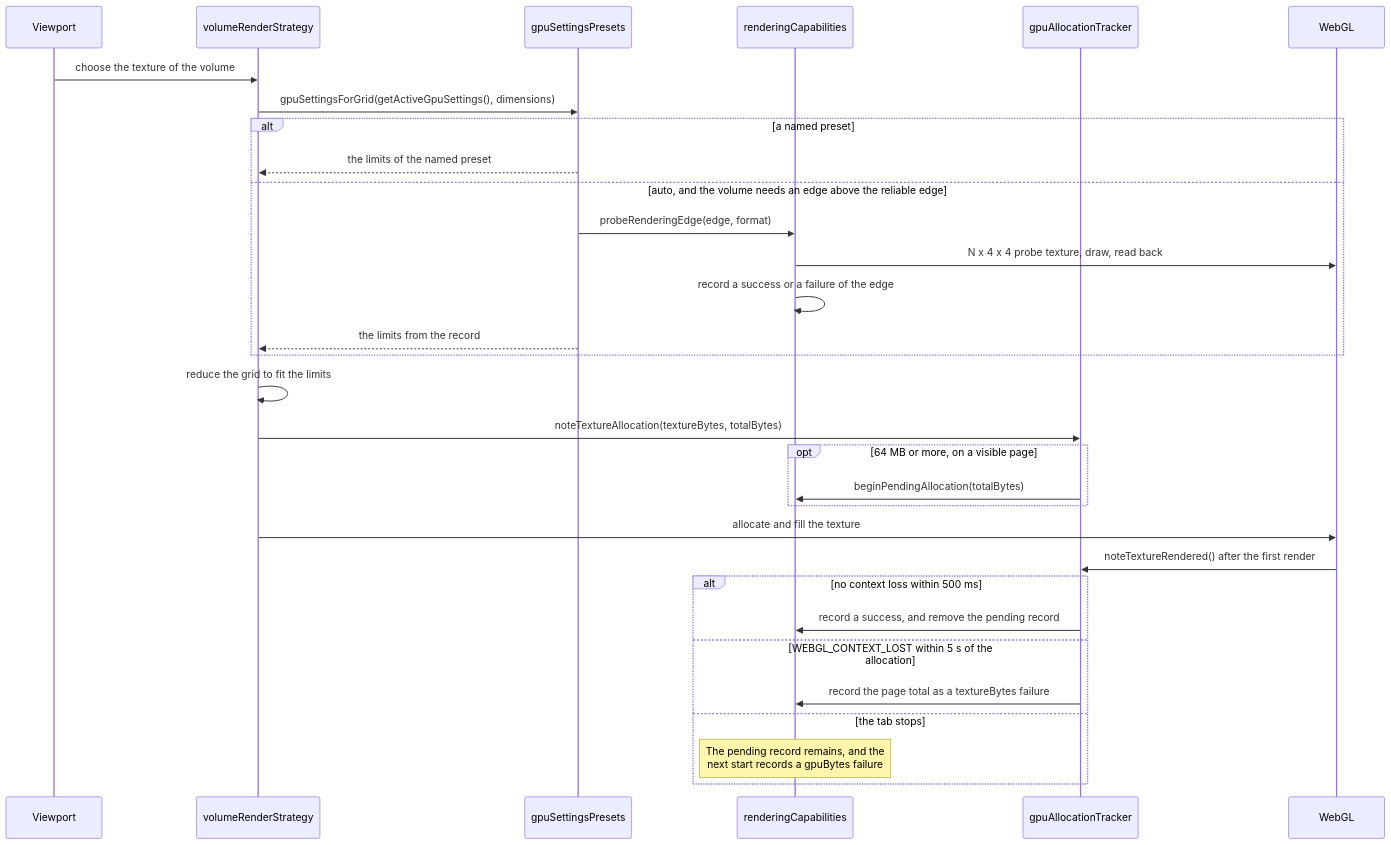
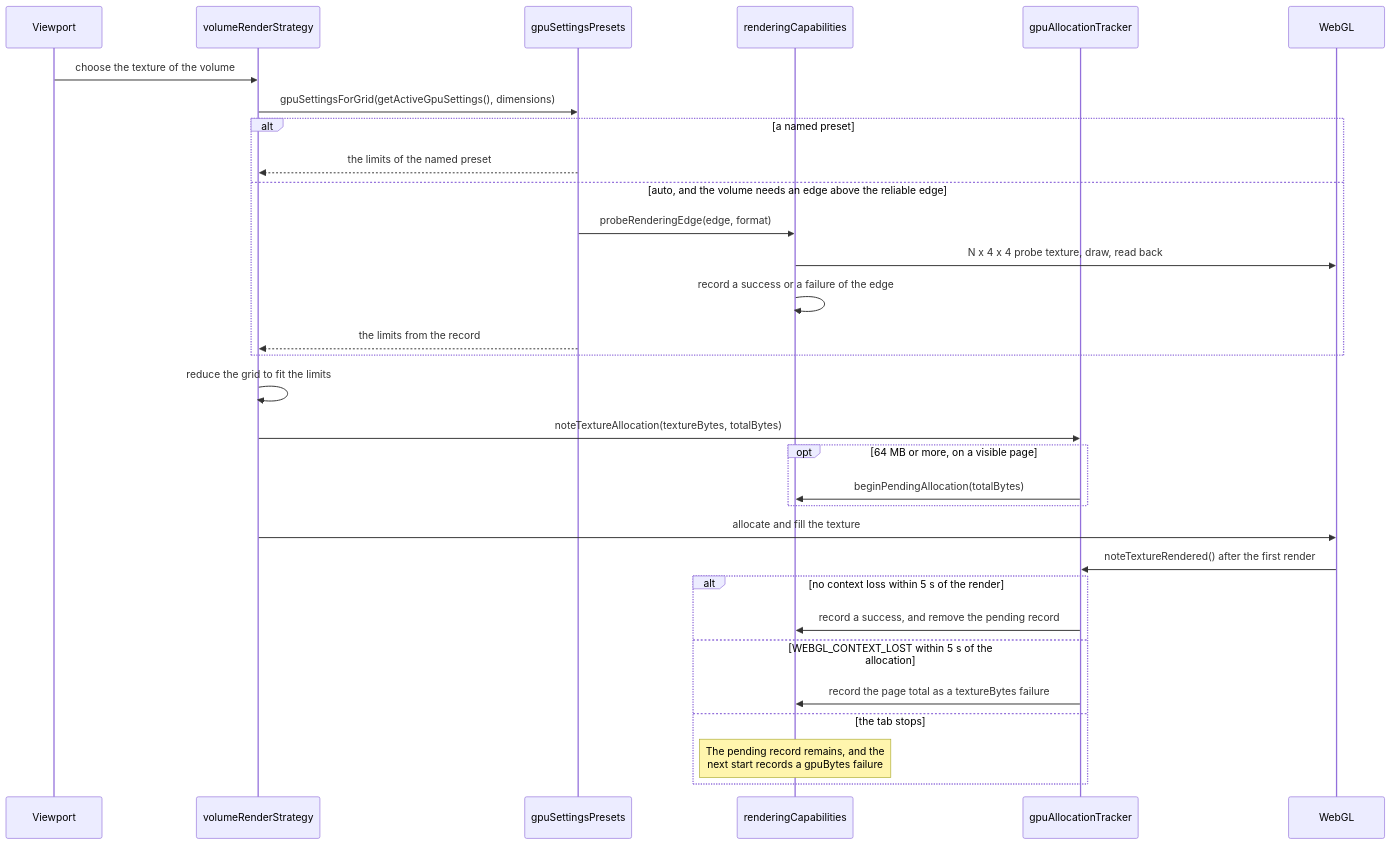
Before and after one commit to cornerstonejs/cornerstone3D: the second of 3 diagrams in packages/docs/docs/specs/core/gpu-device-limits.md, drawn with Mermaid. The commit also changed 3 other files, not shown here.

First line of the commit message:
fix(core): record a success or a context loss for one allocation, never both

````diff
--- a/packages/docs/docs/specs/core/gpu-device-limits.md
+++ b/packages/docs/docs/specs/core/gpu-device-limits.md
@@ -205,34 +205,34 @@
 ```mermaid
 sequenceDiagram
     participant VP as Viewport
     participant Strat as volumeRenderStrategy
     participant Prof as gpuSettingsPresets
     participant RC as renderingCapabilities
     participant Track as gpuAllocationTracker
     participant GPU as WebGL
 
     VP->>Strat: choose the texture of the volume
     Strat->>Prof: gpuSettingsForGrid(getActiveGpuSettings(), dimensions)
     alt a named preset
         Prof-->>Strat: the limits of the named preset
     else auto, and the volume needs an edge above the reliable edge
         Prof->>RC: probeRenderingEdge(edge, format)
         RC->>GPU: N x 4 x 4 probe texture, draw, read back
         RC->>RC: record a success or a failure of the edge
         Prof-->>Strat: the limits from the record
     end
     Strat->>Strat: reduce the grid to fit the limits
     Strat->>Track: noteTextureAllocation(textureBytes, totalBytes)
     opt 64 MB or more, on a visible page
         Track->>RC: beginPendingAllocation(totalBytes)
     end
     Strat->>GPU: allocate and fill the texture
     GPU->>Track: noteTextureRendered() after the first render
-    alt no context loss within 500 ms
+    alt no context loss within 5 s of the render
         Track->>RC: record a success, and remove the pending record
     else WEBGL_CONTEXT_LOST within 5 s of the allocation
         Track->>RC: record the page total as a textureBytes failure
     else the tab stops
         Note over RC: The pending record remains, and the<br/>next start records a gpuBytes failure
     end
 ```
````
